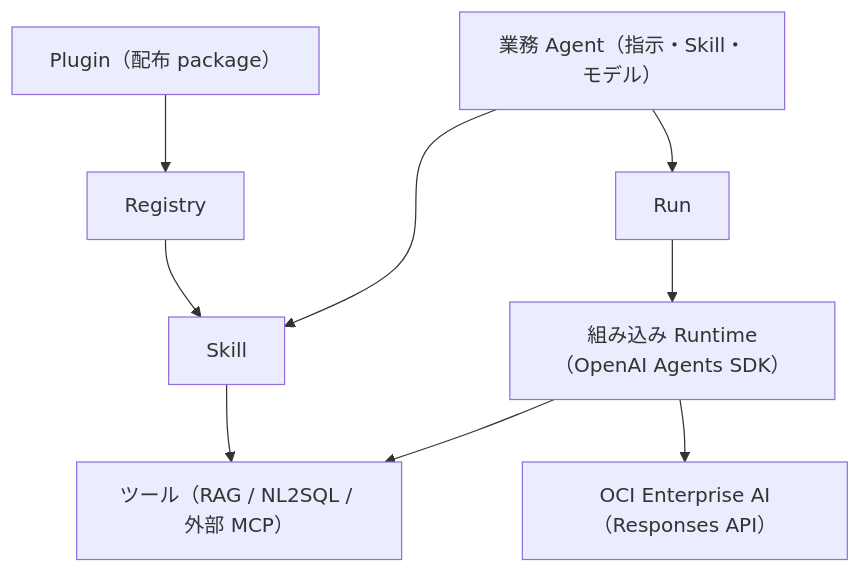
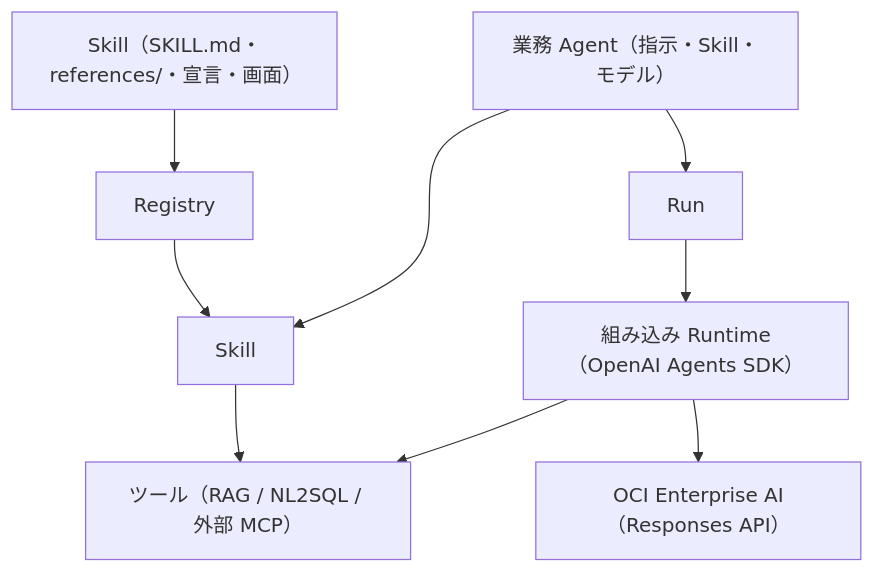
Before and after one commit to engchina/no.1-production-ready-suite: the diagram in agent/docs/agent-control-plane-design.md, drawn with Mermaid. The commit also changed other lines of this file and 60 other files, not shown here.

````diff
--- a/agent/docs/agent-control-plane-design.md
+++ b/agent/docs/agent-control-plane-design.md
@@ -12,11 +12,11 @@
 ```mermaid
 flowchart TD
-  P["Plugin（配布 package）"] --> R["Registry"]
+  K["Skill（SKILL.md・references/・宣言・画面）"] --> R["Registry"]
   R --> S["Skill"]
   S --> T["ツール（RAG / NL2SQL / 外部 MCP）"]
   A["業務 Agent（指示・Skill・モデル）"] --> S
   A --> X["Run"]
   X --> B["組み込み Runtime（OpenAI Agents SDK）"]
   B --> O["OCI Enterprise AI（Responses API）"]
   B --> T
 ```
````
